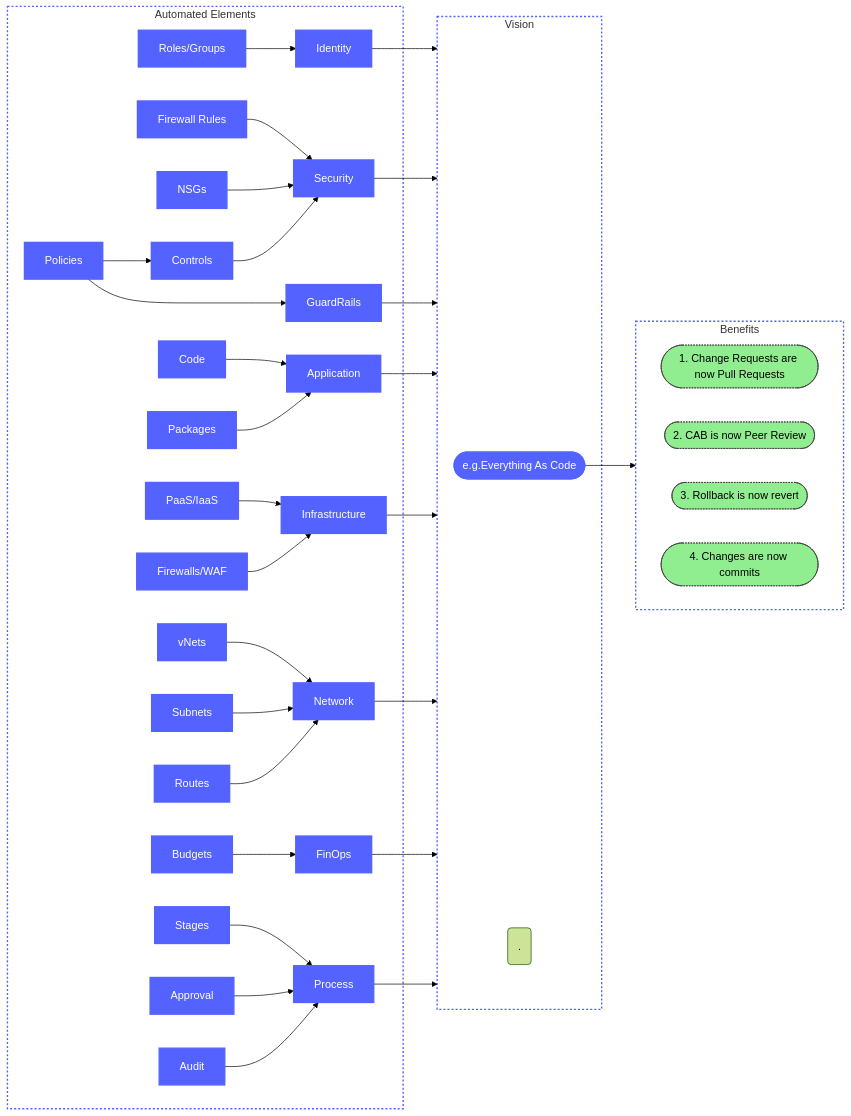
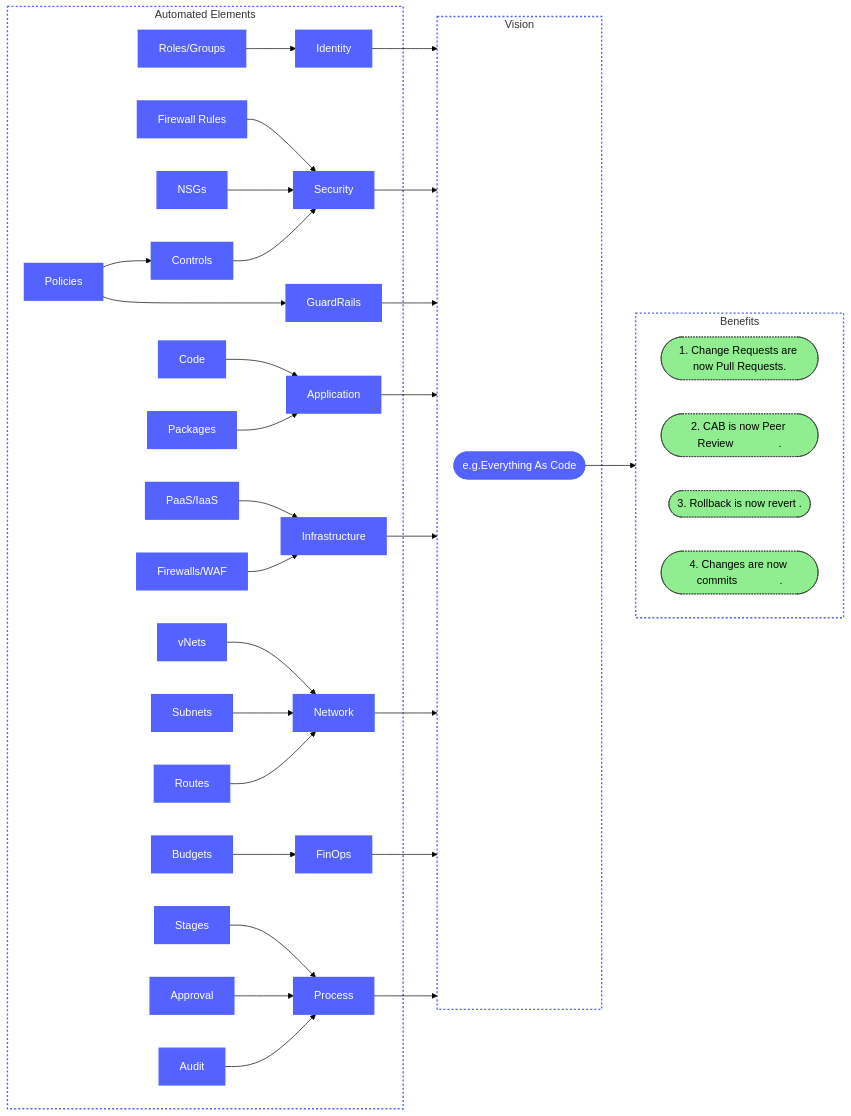
Before and after one commit to dermotreynolds/data.io.docs: the diagram in strategy/DevOps Adoption.md, drawn with Mermaid (forest theme).

Commit message:
strategy

````diff
--- a/strategy/DevOps Adoption.md
+++ b/strategy/DevOps Adoption.md
@@ -13,62 +13,61 @@
 ```mermaid
 flowchart LR
     subgraph Vision
         1([e.g.Everything As Code])
-        999(.)
     end
 
     subgraph Automation[Automated Elements]
         1.1[Identity]
         1.1.1[Roles/Groups]-->1.1
         1.2[Security]
         1.2.1[Firewall Rules] --> 1.2
         1.2.2[NSGs] --> 1.2
         1.2.3[Controls] --> 1.2
         1.3[GuardRails]
         1.3.1[Policies] --> 1.3
         1.3.1[Policies] --> 1.2.3    
         1.5[Infrastructure]
         1.5.1[PaaS/IaaS]-->1.5
         1.5.2[Firewalls/WAF]-->1.5
         1.4[Application]
         1.4.1[Code]-->1.4
         1.4.2[Packages]-->1.4
         1.6[Network]
         1.6.1[vNets]-->1.6
         1.6.2[Subnets]-->1.6
         1.6.3[Routes]-->1.6
         1.7[FinOps]
         1.7.1[Budgets]-->1.7
         1.8[Process]
         1.8.1[Stages]-->1.8
         1.8.2[Approval]-->1.8
         1.8.3[Audit]-->1.8
     end
     
     1--> Benefits
     1.1 --> Vision
     1.2 --> Vision
     1.3 --> Vision
     1.4 --> Vision
     1.5 --> Vision
     1.6 --> Vision
     1.7 --> Vision
     1.8 --> Vision
 
     subgraph Benefits
         direction LR
-        2.1([1. Change Requests are now Pull Requests])
-        2.2([2. CAB is now Peer Review])
-        2.3([3. Rollback is now revert])
-        2.4([4. Changes are now commits])
+        2.1([1. Change Requests are now Pull Requests.])
+        2.2([2. CAB is now Peer Review               .])
+        2.3([3. Rollback is now revert               .])
+        2.4([4. Changes are now commits              .])
     end
 
     class 1,1.1,1.2,1.3,1.4,1.5,1.6,1.7,1.8 DeviceClass
     class 1.1.1,1.2.1,1.2.2,1.2.3,1.2.4,1.3.1,1.4.1,1.4.2,1.5.1,1.5.2,1.6.1,1.6.2,1.6.3,1.7.1,1.8.1,1.8.2,1.8.3 DeviceClass
     class 2.1,2.2,2.3,2.4 GoodCalloutClass
     class Vision,Automation,Benefits GroupClass
     
     classDef DeviceClass fill:#5463FF,stroke:#5463FF, stroke-width:2px , font-size: 100%, color: white
     classDef GroupClass fill:#FFFFFF,stroke:#5463FF,stroke-width:2px, stroke-dasharray: 3
     classDef GoodCalloutClass fill:#90EE90	,stroke:#333,stroke-width:1px , stroke-dasharray: 2
 ```
````
